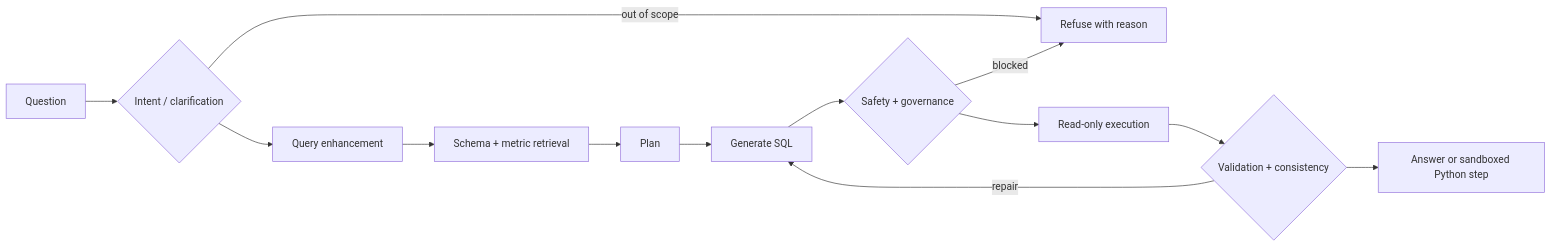
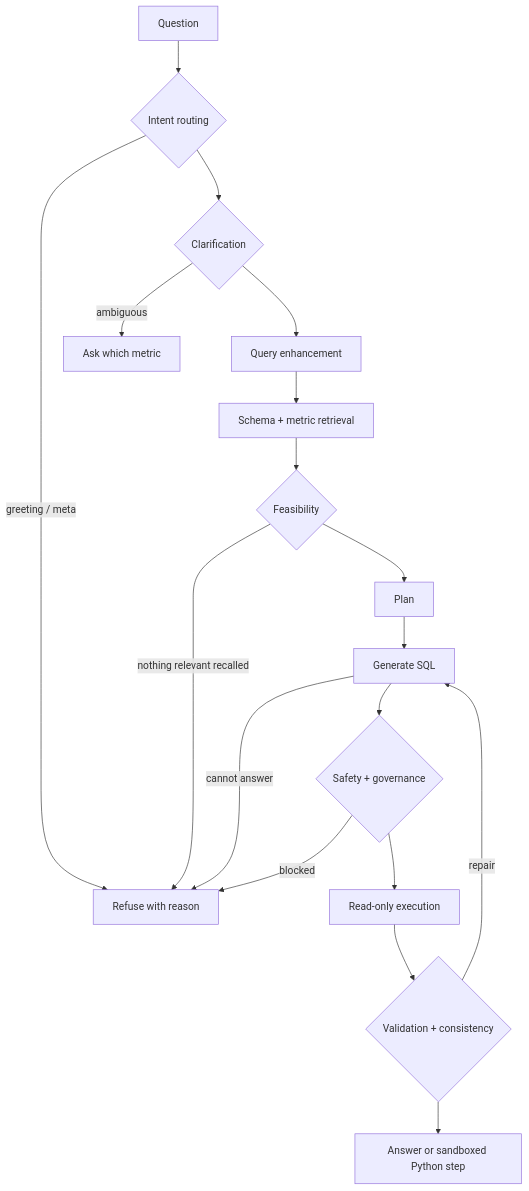
One commit to niguang220/cadence changed the diagram in README.md. Above: the diagram before and after it, drawn with Mermaid. The commit also changed other lines of this file and 4 other files, not shown here.

````diff
--- a/README.md
+++ b/README.md
@@ -83,15 +87,20 @@
 ```mermaid
-flowchart LR
-  Q[Question] --> I{Intent / clarification}
-  I -->|out of scope| R[Refuse with reason]
-  I --> E[Query enhancement]
+flowchart TD
+  Q[Question] --> I{Intent routing}
+  I -->|greeting / meta| R[Refuse with reason]
+  I --> C{Clarification}
+  C -->|ambiguous| K[Ask which metric]
+  C --> E[Query enhancement]
   E --> S[Schema + metric retrieval]
-  S --> P[Plan]
+  S --> F{Feasibility}
+  F -->|nothing relevant recalled| R
+  F --> P[Plan]
   P --> G[Generate SQL]
+  G -->|cannot answer| R
   G --> A{Safety + governance}
   A -->|blocked| R
   A --> X[Read-only execution]
   X --> V{Validation + consistency}
   V -->|repair| G
   V --> O[Answer or sandboxed Python step]
 ```
````
